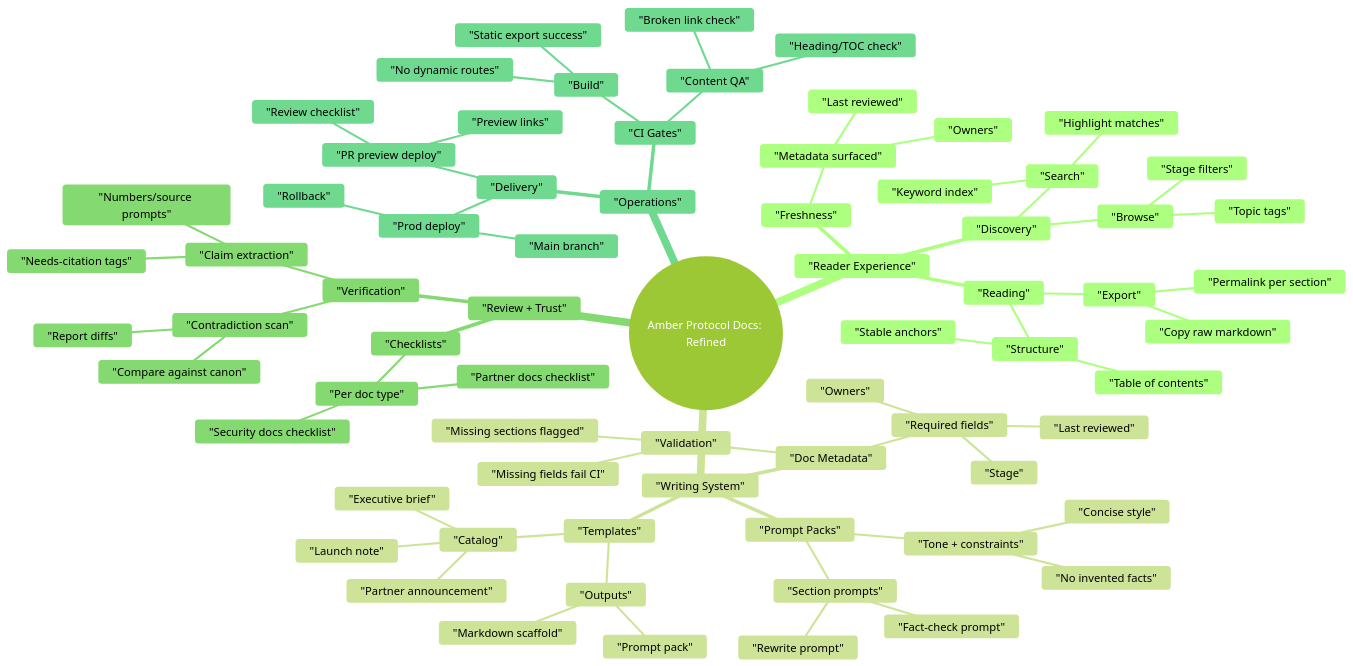
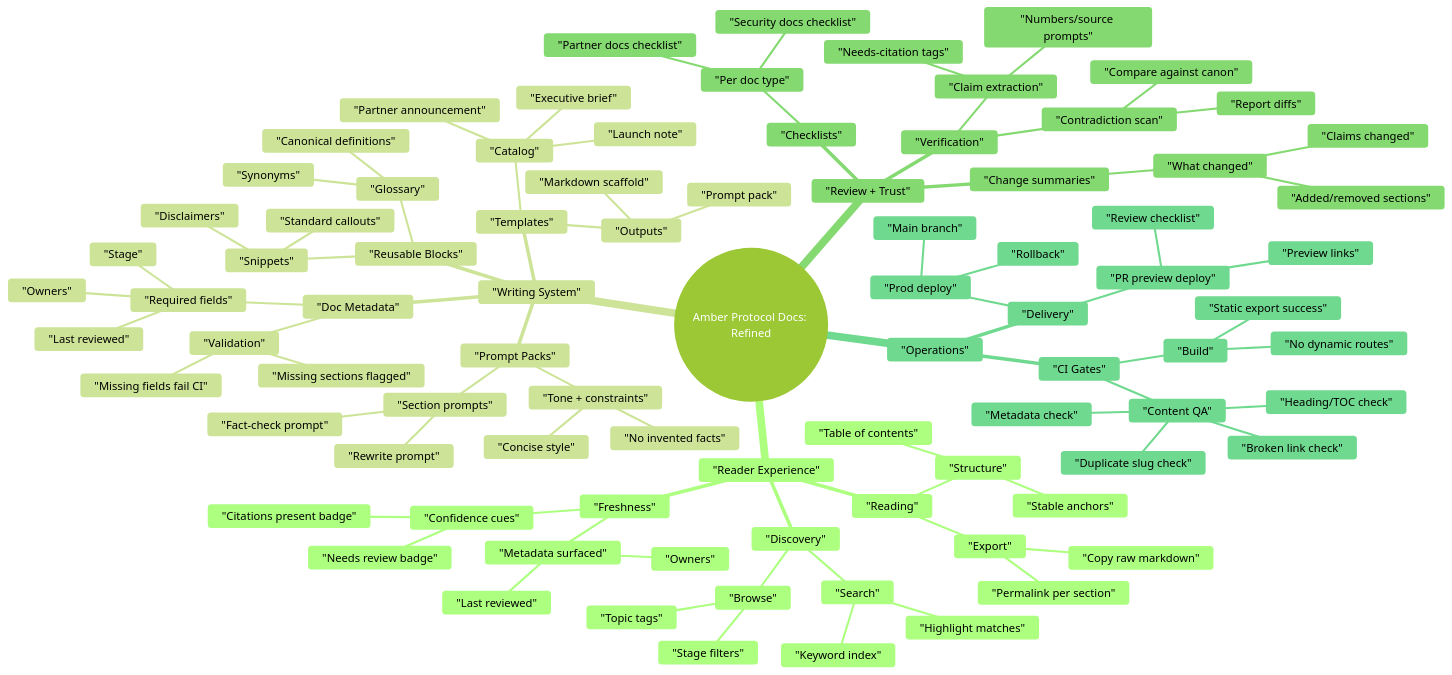
One commit to JamesFincher/amber-docs changed the second of 3 diagrams in PRODUCT_MINDMAP.md. Above: the diagram before and after it, drawn with Mermaid (forest theme). The commit also changed other lines of this file, not shown here.

Commit message:
Expand user stories and refine mindmaps

````diff
--- a/PRODUCT_MINDMAP.md
+++ b/PRODUCT_MINDMAP.md
@@ -182,6 +214,9 @@
         "Metadata surfaced"
           "Last reviewed"
           "Owners"
+        "Confidence cues"
+          "Needs review badge"
+          "Citations present badge"
     "Writing System"
       "Templates"
         "Catalog"
@@ -206,6 +241,13 @@
         "Validation"
           "Missing fields fail CI"
           "Missing sections flagged"
+      "Reusable Blocks"
+        "Glossary"
+          "Canonical definitions"
+          "Synonyms"
+        "Snippets"
+          "Disclaimers"
+          "Standard callouts"
     "Review + Trust"
       "Checklists"
         "Per doc type"
@@ -218,6 +260,10 @@
         "Contradiction scan"
           "Compare against canon"
           "Report diffs"
+      "Change summaries"
+        "What changed"
+          "Added/removed sections"
+          "Claims changed"
     "Operations"
       "Delivery"
         "PR preview deploy"
@@ -233,4 +279,6 @@
         "Content QA"
           "Broken link check"
           "Heading/TOC check"
+          "Duplicate slug check"
+          "Metadata check"
 ```
````
